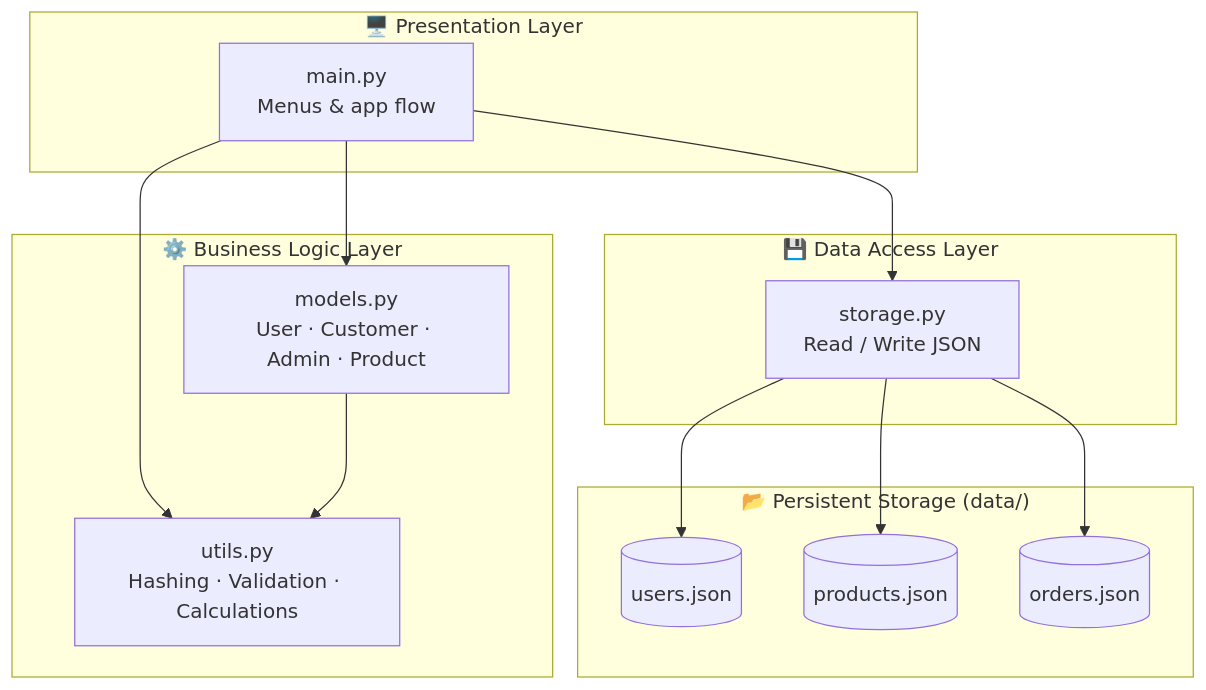
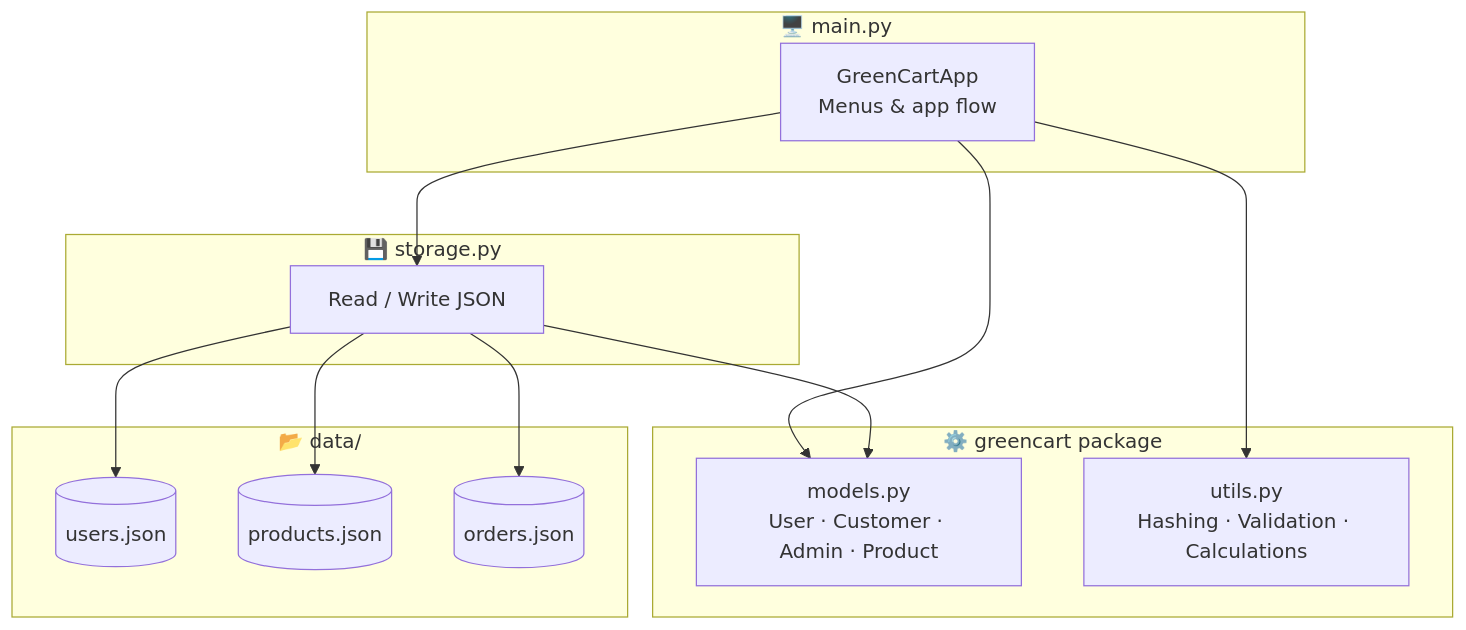
The first of 8 diagrams in README.md (Tannu980/GreenCart), drawn with Mermaid before and after one commit. The commit also changed other lines of this file, not shown here.

````diff
--- a/README.md
+++ b/README.md
@@ -85,29 +80,29 @@
 ```mermaid
 flowchart TB
-    subgraph PRESENTATION["🖥️ Presentation Layer"]
-        MAIN["main.py<br/>Menus & app flow"]
+    subgraph PRESENTATION["🖥️ main.py"]
+        MAIN["GreenCartApp<br/>Menus & app flow"]
     end
 
-    subgraph BUSINESS["⚙️ Business Logic Layer"]
+    subgraph BUSINESS["⚙️ greencart package"]
         MODELS["models.py<br/>User · Customer · Admin · Product"]
         UTILS["utils.py<br/>Hashing · Validation · Calculations"]
     end
 
-    subgraph DATA["💾 Data Access Layer"]
-        STORAGE["storage.py<br/>Read / Write JSON"]
+    subgraph DATA["💾 storage.py"]
+        STORAGE["Read / Write JSON"]
     end
 
-    subgraph FILES["📂 Persistent Storage (data/)"]
+    subgraph FILES["📂 data/"]
         U[("users.json")]
         P[("products.json")]
         O[("orders.json")]
     end
 
     MAIN --> MODELS
     MAIN --> UTILS
     MAIN --> STORAGE
-    MODELS --> UTILS
+    STORAGE --> MODELS
     STORAGE --> U
     STORAGE --> P
     STORAGE --> O
 ```
````
